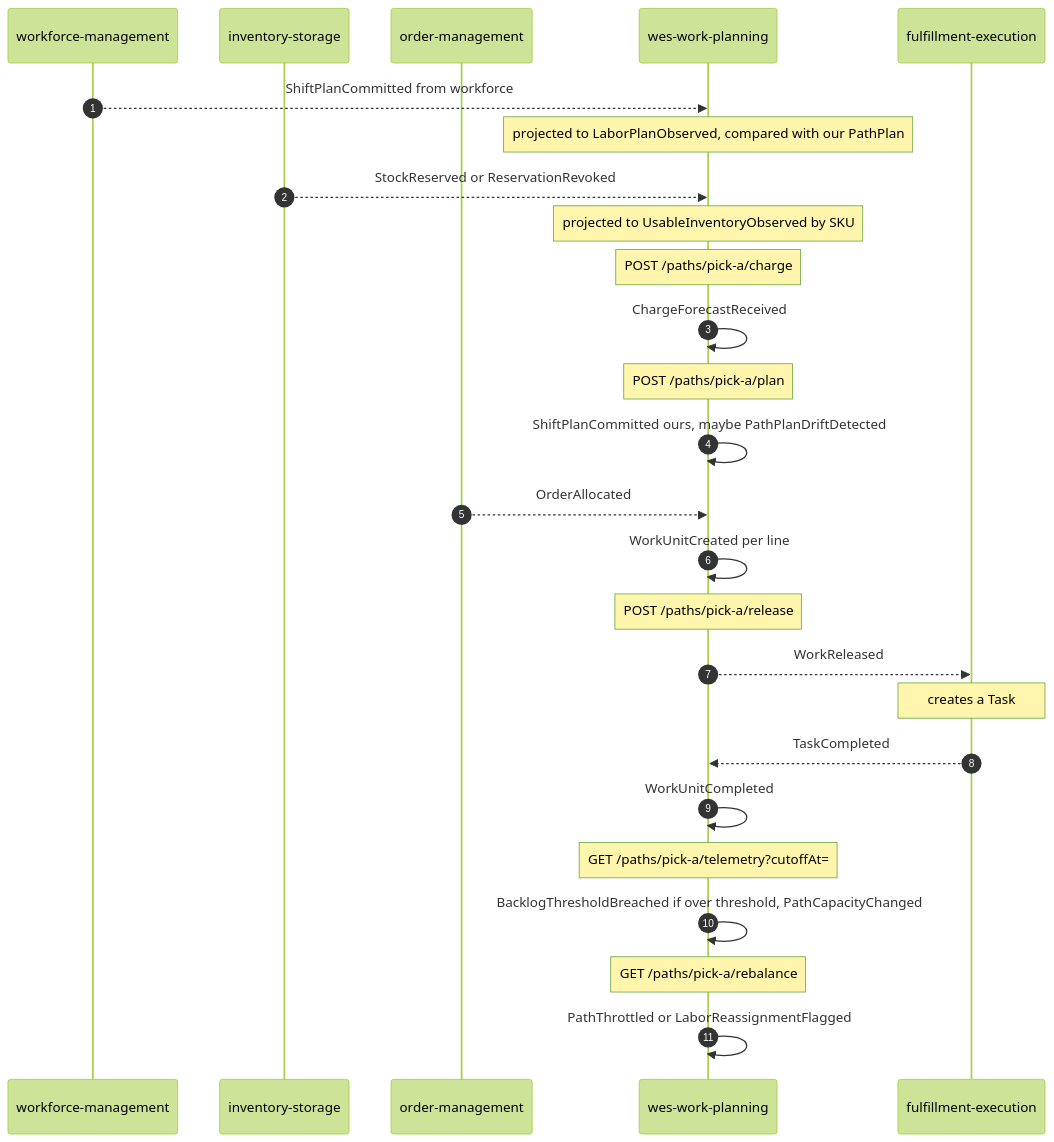
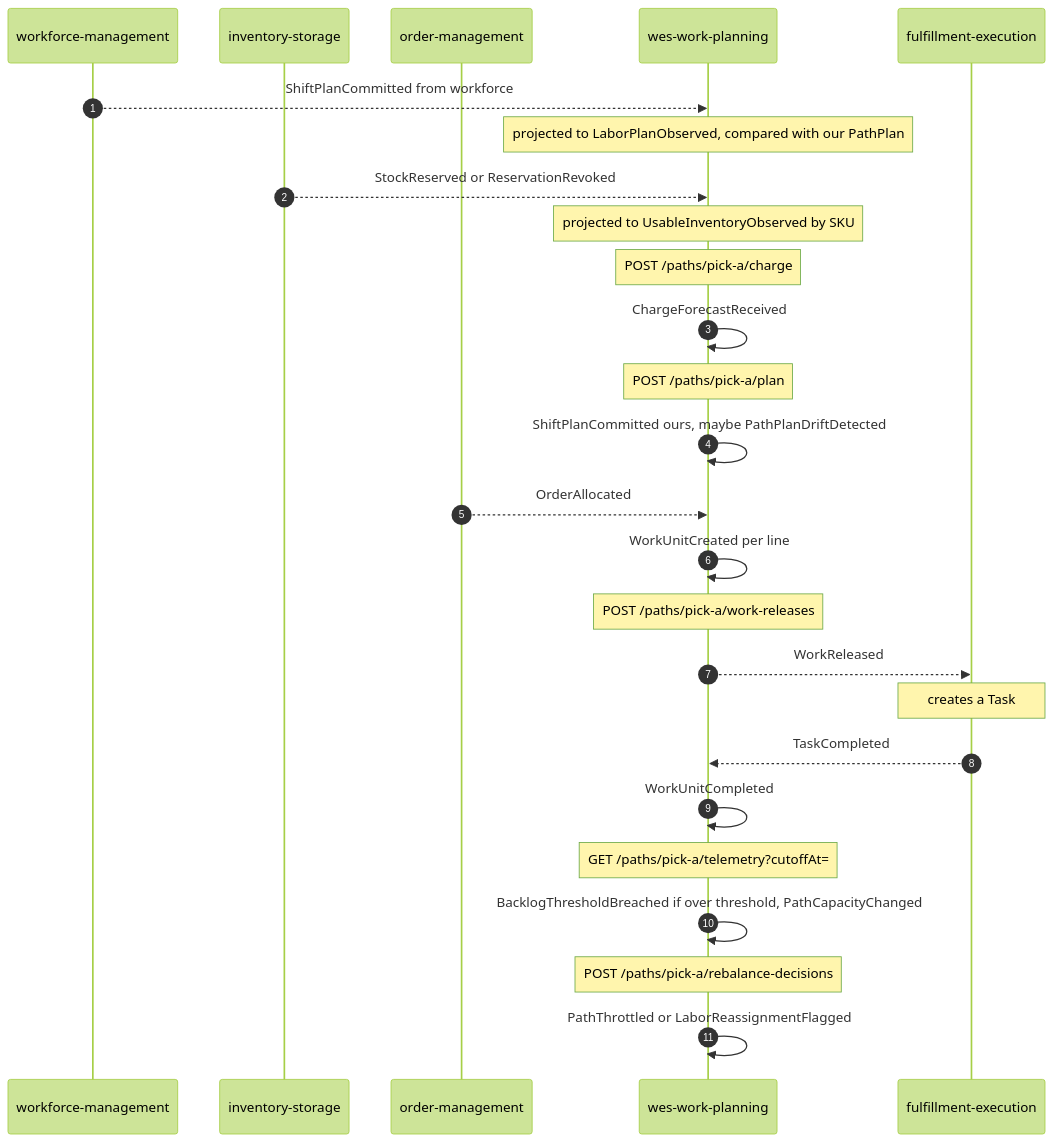
The diagram in docs/contexts/wes-work-planning/domain-events.md (IQVO/warehouse-docs), drawn with Mermaid (forest theme) before and after one commit. The commit also changed 272 other files, not shown here.

````diff
--- a/docs/contexts/wes-work-planning/domain-events.md
+++ b/docs/contexts/wes-work-planning/domain-events.md
@@ -99,29 +99,29 @@
 ```mermaid
 sequenceDiagram
     autonumber
     participant WM as workforce-management
     participant INV as inventory-storage
     participant OM as order-management
     participant WES as wes-work-planning
     participant FE as fulfillment-execution
 
     WM-->>WES: ShiftPlanCommitted from workforce
     Note over WES: projected to LaborPlanObserved, compared with our PathPlan
     INV-->>WES: StockReserved or ReservationRevoked
     Note over WES: projected to UsableInventoryObserved by SKU
     Note over WES: POST /paths/pick-a/charge
     WES->>WES: ChargeForecastReceived
     Note over WES: POST /paths/pick-a/plan
     WES->>WES: ShiftPlanCommitted ours, maybe PathPlanDriftDetected
     OM-->>WES: OrderAllocated
     WES->>WES: WorkUnitCreated per line
-    Note over WES: POST /paths/pick-a/release
+    Note over WES: POST /paths/pick-a/work-releases
     WES-->>FE: WorkReleased
     Note over FE: creates a Task
     FE-->>WES: TaskCompleted
     WES->>WES: WorkUnitCompleted
     Note over WES: GET /paths/pick-a/telemetry?cutoffAt=
     WES->>WES: BacklogThresholdBreached if over threshold, PathCapacityChanged
-    Note over WES: GET /paths/pick-a/rebalance
+    Note over WES: POST /paths/pick-a/rebalance-decisions
     WES->>WES: PathThrottled or LaborReassignmentFlagged
 ```
````
